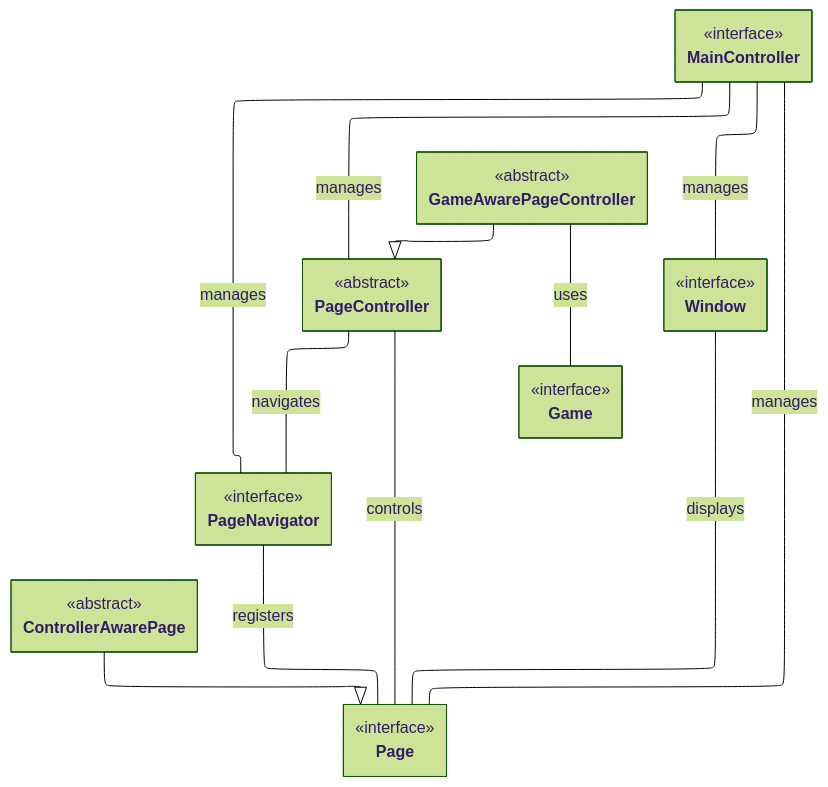
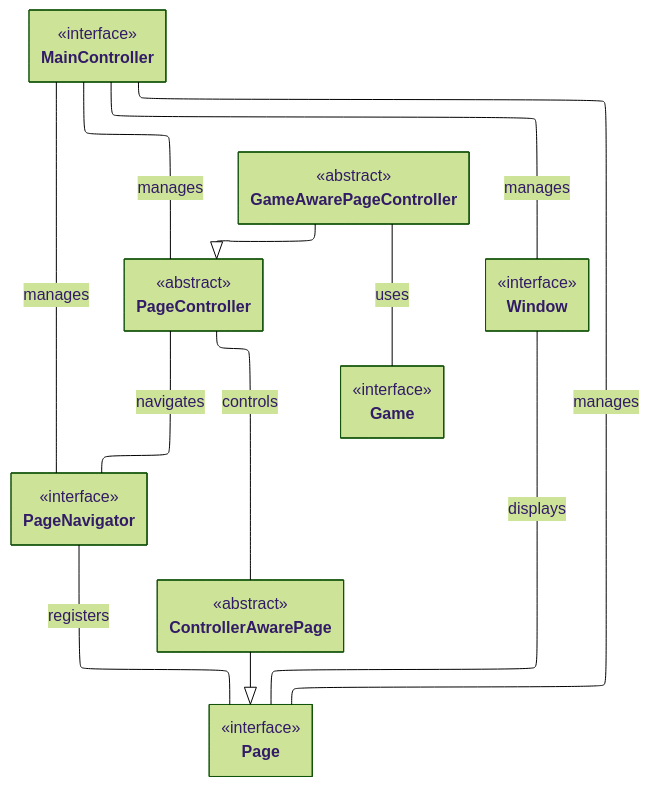
Before and after one commit to Wanes01/OOP24-jvmt-REPORT: the diagram in code/Other/uml/emir/architecture.mermaid, drawn with Mermaid (forest theme). The commit also changed 6 other files, not shown here.

```diff
--- a/code/Other/uml/emir/architecture.mermaid
+++ b/code/Other/uml/emir/architecture.mermaid
@@ -1,45 +1,43 @@
 ---
 config:
   layout: elk
   class:
     hideEmptyMembersBox: true
 ---
 classDiagram
 direction TB
     class MainController {
     }
     class PageController {
     }
     class GameAwarePageController {
     }
     class ControllerAwarePage {
     }
     class PageNavigator {
     }
     class Window {
     }
+    class Game {
+    }
     class Page {
     }
-    class Game {
-    }
-
 	<<interface>> MainController
 	<<abstract>> PageController
 	<<abstract>> GameAwarePageController
 	<<abstract>> ControllerAwarePage
 	<<interface>> PageNavigator
 	<<interface>> Window
+	<<interface>> Game
 	<<interface>> Page
-	<<interface>> Game
-
     MainController -- Window : manages
     MainController -- PageNavigator : manages
     MainController -- Page : manages
     MainController -- PageController : manages
-    PageController -- Page : controls
     PageController -- PageNavigator : navigates
     GameAwarePageController --|> PageController
     GameAwarePageController -- Game : uses
     ControllerAwarePage --|> Page
     PageNavigator -- Page : registers
     Window -- Page : displays
+    PageController -- ControllerAwarePage : controls
```
